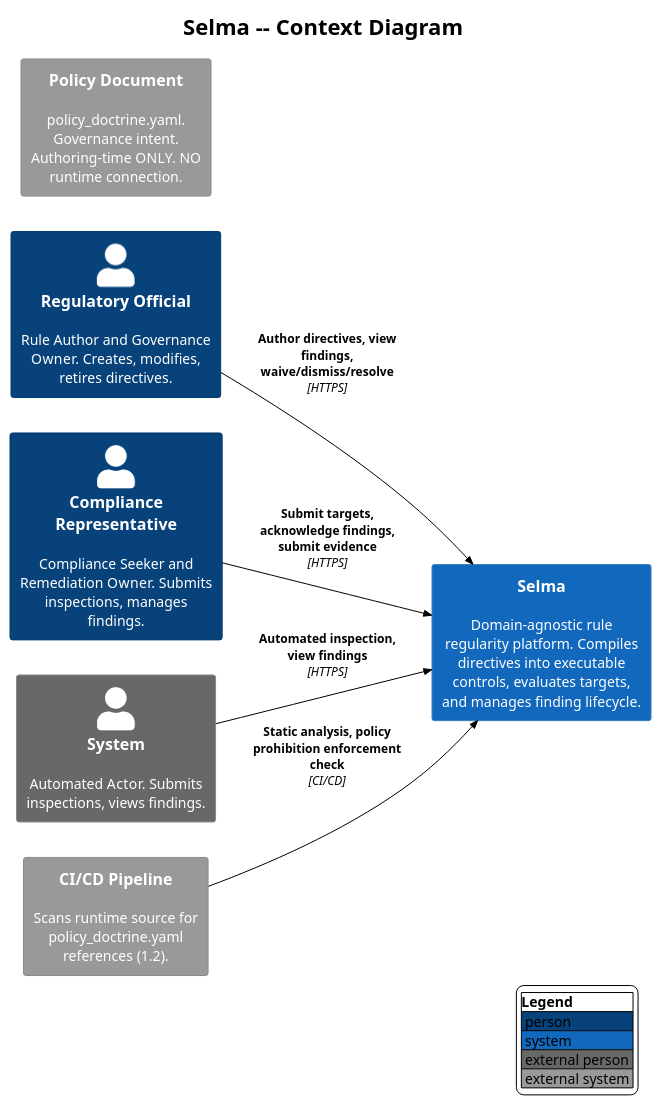
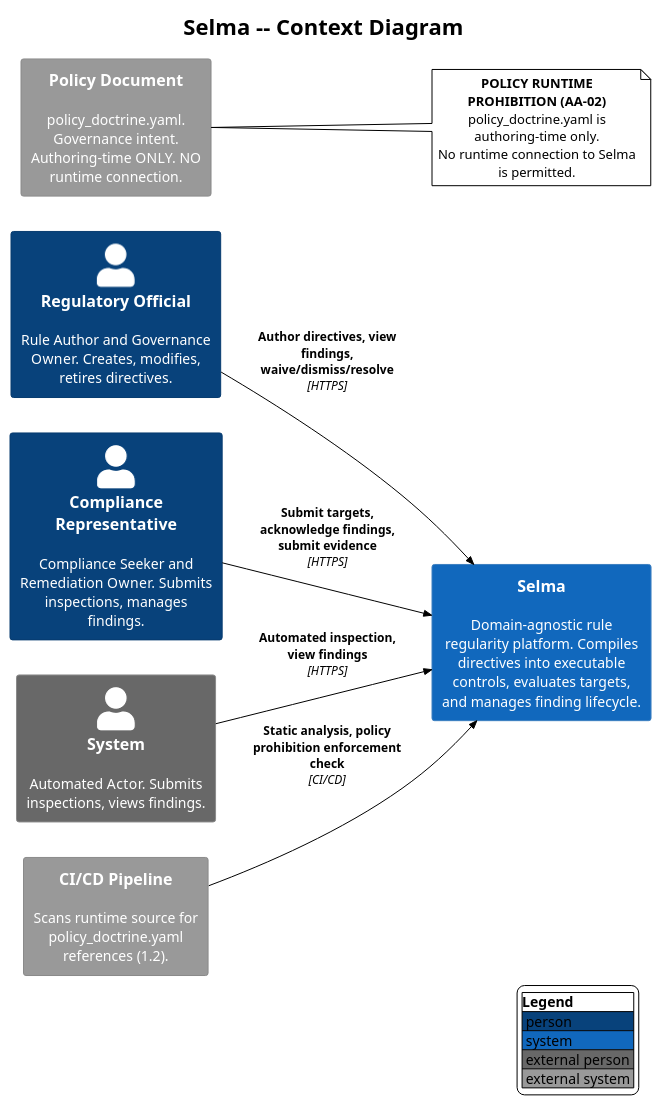
The diagram in docs/C4-Design/c4_selma_context.puml (salimnamvar/selma), drawn with PlantUML before and after one commit. The commit also changed other lines of this file and 6 other files, not shown here.

Commit message:
feat: Update component diagrams with accepted review status and versioning

```diff
--- a/docs/C4-Design/c4_selma_context.puml
+++ b/docs/C4-Design/c4_selma_context.puml
@@ -11,24 +11,30 @@
 @startuml
 !include https://raw.githubusercontent.com/plantuml-stdlib/C4-PlantUML/v2.13.0/C4_Context.puml
 !theme plain
 
 LAYOUT_LEFT_RIGHT()
 LAYOUT_WITH_LEGEND()
 
 title Selma -- Context Diagram
 
 Person(regulatory_official, "Regulatory Official", "Rule Author and Governance Owner. Creates, modifies, retires directives.")
 Person(compliance_rep, "Compliance Representative", "Compliance Seeker and Remediation Owner. Submits inspections, manages findings.")
 Person_Ext(system_actor, "System", "Automated Actor. Submits inspections, views findings.")
 
 System(selma, "Selma", "Domain-agnostic rule regularity platform. Compiles directives into executable controls, evaluates targets, and manages finding lifecycle.")
 
 System_Ext(ci_pipeline, "CI/CD Pipeline", "Scans runtime source for policy_doctrine.yaml references (1.2).")
 System_Ext(policy_doc, "Policy Document", "policy_doctrine.yaml. Governance intent. Authoring-time ONLY. NO runtime connection.")
 
 Rel(regulatory_official, selma, "Author directives, view findings, waive/dismiss/resolve", "HTTPS")
 Rel(compliance_rep, selma, "Submit targets, acknowledge findings, submit evidence", "HTTPS")
 Rel(system_actor, selma, "Automated inspection, view findings", "HTTPS")
 Rel(ci_pipeline, selma, "Static analysis, policy prohibition enforcement check", "CI/CD")
 
+Note right of policy_doc
+  **POLICY RUNTIME PROHIBITION (AA-02)**
+  policy_doctrine.yaml is authoring-time only.
+  No runtime connection to Selma is permitted.
+End note
+
 @enduml
```
